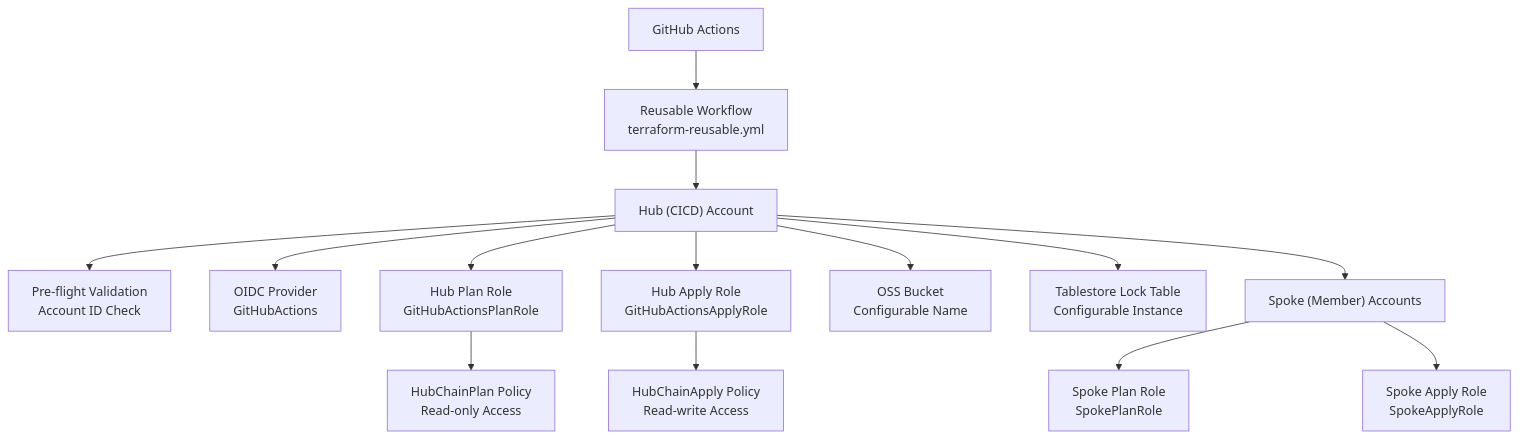
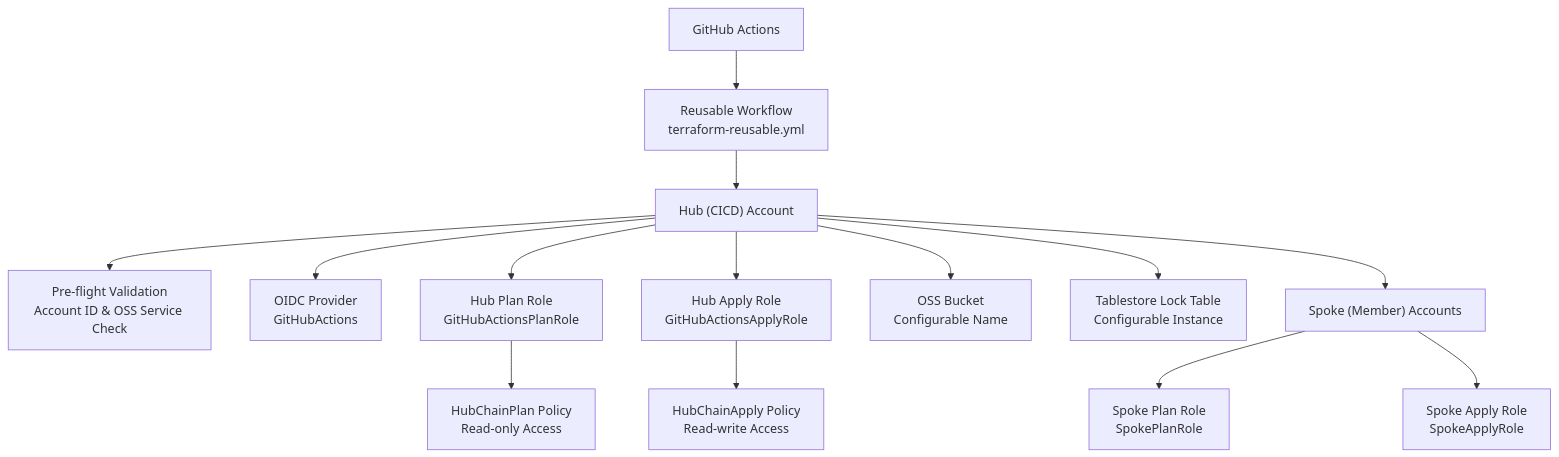
The first of 9 diagrams in .qoder/repowiki/en/content/Bootstrap Infrastructure/CI_CD Foundation.md (AlibabaCloudLandingZone/alibabacloud-landingzone-accelerator-github-demo), drawn with Mermaid before and after one commit. The commit also changed other lines of this file and 110 other files, not shown here.

````diff
--- a/.qoder/repowiki/en/content/Bootstrap Infrastructure/CI_CD Foundation.md
+++ b/.qoder/repowiki/en/content/Bootstrap Infrastructure/CI_CD Foundation.md
@@ -57,16 +59,16 @@
 ```mermaid
 graph TB
 GH["GitHub Actions"] --> WF["Reusable Workflow<br/>terraform-reusable.yml"]
 WF --> HUB["Hub (CICD) Account"]
-HUB --> PRECHECK["Pre-flight Validation<br/>Account ID Check"]
+HUB --> PRECHECK["Pre-flight Validation<br/>Account ID & OSS Service Check"]
 HUB --> OIDC["OIDC Provider<br/>GitHubActions"]
 HUB --> PLAN["Hub Plan Role<br/>GitHubActionsPlanRole"]
 HUB --> APPLY["Hub Apply Role<br/>GitHubActionsApplyRole"]
 PLAN --> PLANPOLICY["HubChainPlan Policy<br/>Read-only Access"]
 APPLY --> APPOLICY["HubChainApply Policy<br/>Read-write Access"]
 HUB --> STATE["OSS Bucket<br/>Configurable Name"]
 HUB --> LOCK["Tablestore Lock Table<br/>Configurable Instance"]
 HUB --> SPOKE["Spoke (Member) Accounts"]
 SPOKE --> SPLAN["Spoke Plan Role<br/>SpokePlanRole"]
 SPOKE --> SAPPLY["Spoke Apply Role<br/>SpokeApplyRole"]
 ```
````
